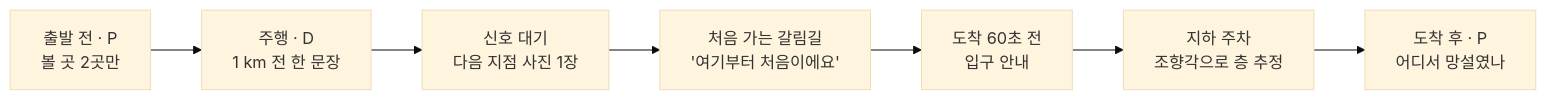
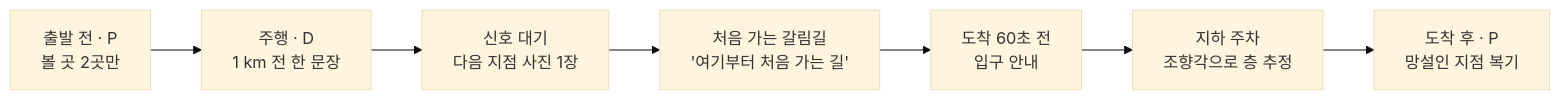
One commit to JoisFe/deja-vroom changed the first of 2 diagrams in README.md. Above: the diagram before and after it, drawn with Mermaid (base theme). The commit also changed other lines of this file and 8 other files, not shown here.

````diff
--- a/README.md
+++ b/README.md
@@ -32,9 +32,9 @@
 ```mermaid
 flowchart LR
     A["출발 전 · P<br/>볼 곳 2곳만"] --> B["주행 · D<br/>1 km 전 한 문장"]
     B --> C["신호 대기<br/>다음 지점 사진 1장"]
-    C --> D["처음 가는 갈림길<br/>'여기부터 처음이에요'"]
+    C --> D["처음 가는 갈림길<br/>'여기부터 처음 가는 길'"]
     D --> E["도착 60초 전<br/>입구 안내"]
     E --> F["지하 주차<br/>조향각으로 층 추정"]
-    F --> G["도착 후 · P<br/>어디서 망설였나"]
+    F --> G["도착 후 · P<br/>망설인 지점 복기"]
 ```
````
